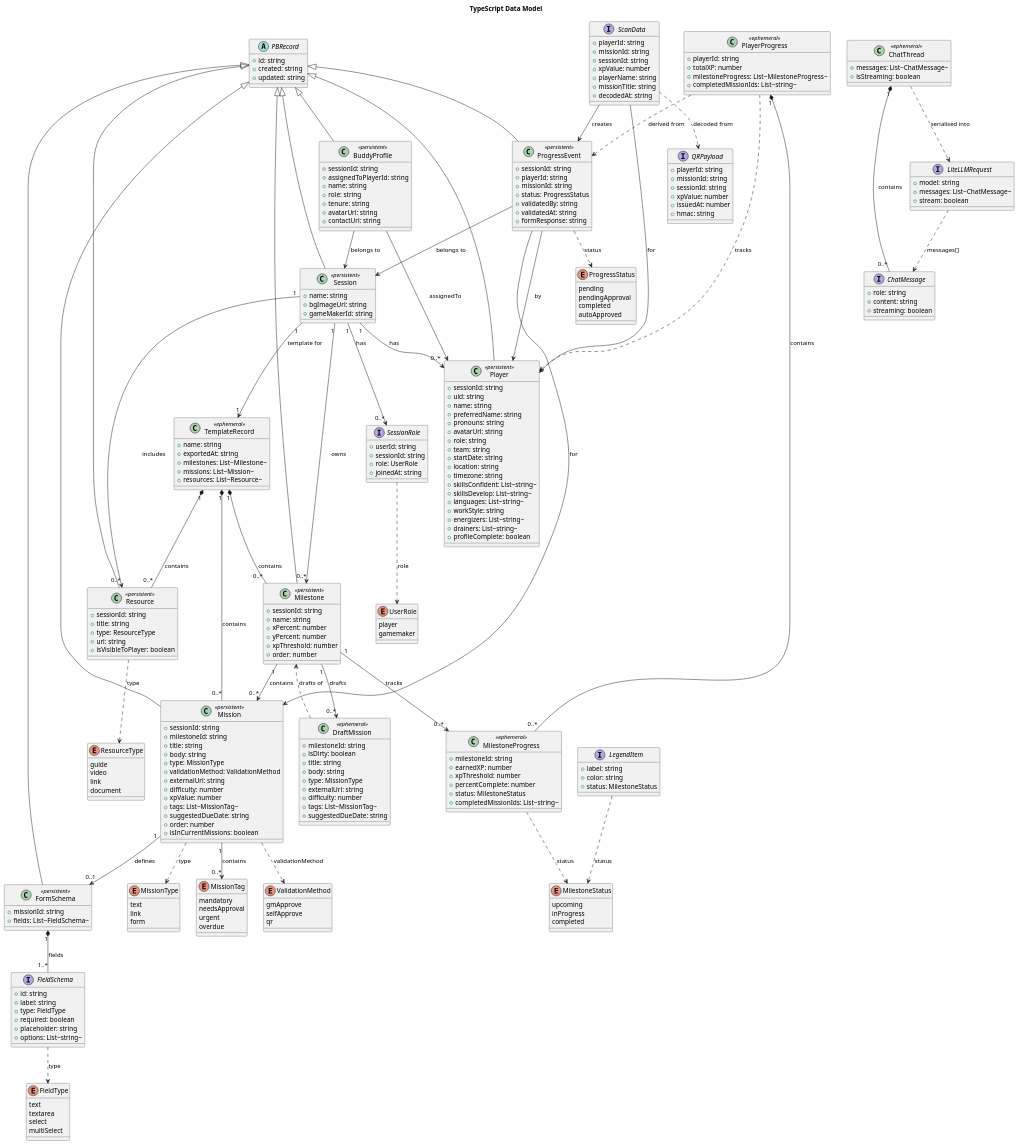
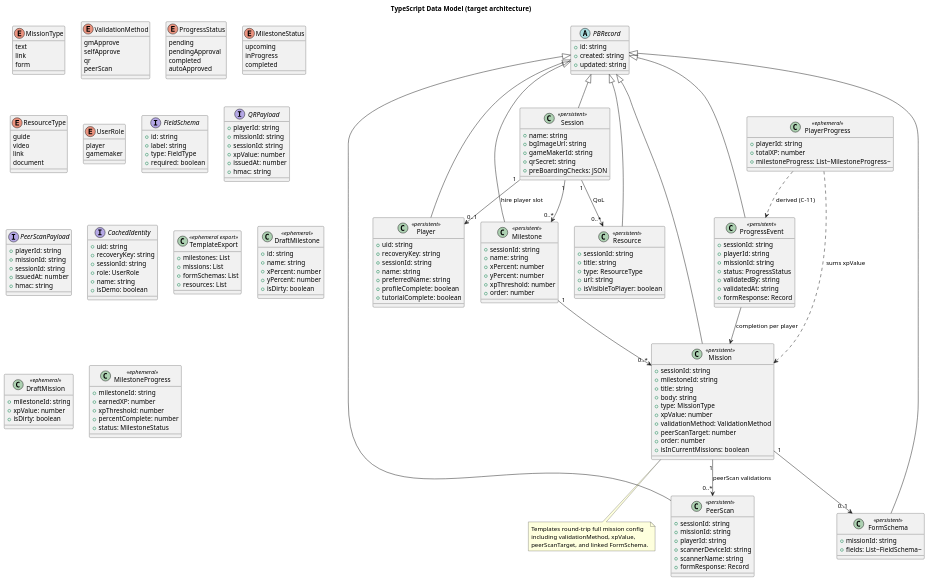
The diagram in docs/ts-data-model.puml (hoonsubin/messe-buddy-app), drawn with PlantUML before and after one commit. The commit also changed 44 other files, not shown here.

```diff
--- a/docs/ts-data-model.puml
+++ b/docs/ts-data-model.puml
@@ -1,291 +1,219 @@
 @startuml diagram_06_class_data_model
-title TypeScript Data Model
+title TypeScript Data Model (target architecture)
 
-' ── ENUMERATIONS ───────────────────────────────────────────────
+' ── UNION TYPES (const object + keyof — C-12) ─────────────────
 enum MissionType {
-    text
-    link
-    form
+  text
+  link
+  form
 }
-enum MissionTag {
-    mandatory
-    needsApproval
-    urgent
-    overdue
+enum ValidationMethod {
+  gmApprove
+  selfApprove
+  qr
+  peerScan
 }
 enum ProgressStatus {
-    pending
-    pendingApproval
-    completed
-    autoApproved
-}
-enum ValidationMethod {
-    gmApprove
-    selfApprove
-    qr
+  pending
+  pendingApproval
+  completed
+  autoApproved
 }
 enum MilestoneStatus {
-    upcoming
-    inProgress
-    completed
+  upcoming
+  inProgress
+  completed
 }
 enum ResourceType {
-    guide
-    video
-    link
-    document
-}
-enum FieldType {
-    text
-    textarea
-    select
-    multiSelect
+  guide
+  video
+  link
+  document
 }
 enum UserRole {
-    player
-    gamemaker
+  player
+  gamemaker
 }
 
-' ── VALUE OBJECTS ──────────────────────────────────────────────
+' ── VALUE OBJECTS ─────────────────────────────────────────────
 interface FieldSchema {
-    +id: string
-    +label: string
-    +type: FieldType
-    +required: boolean
-    +placeholder: string
-    +options: List~string~
+  +id: string
+  +label: string
+  +type: FieldType
+  +required: boolean
 }
 interface QRPayload {
-    +playerId: string
-    +missionId: string
-    +sessionId: string
-    +xpValue: number
-    +issuedAt: number
-    +hmac: string
-    ' HMAC-SHA256 of (playerId+missionId+sessionId+issuedAt)
-    ' keyed with session token. Verified client-side at scan time.
-    ' No server call required for validation.
+  +playerId: string
+  +missionId: string
+  +sessionId: string
+  +xpValue: number
+  +issuedAt: number
+  +hmac: string
+  ' GM validation QR only (validationMethod = qr)
 }
-interface ChatMessage {
-    +role: string
-    +content: string
-    +streaming: boolean
-    ' role: "user" | "assistant"
-    ' streaming: true while SSE chunks are still arriving
+interface PeerScanPayload {
+  +playerId: string
+  +missionId: string
+  +sessionId: string
+  +issuedAt: number
+  +hmac: string
+  ' Crowd attestation QR (validationMethod = peerScan)
 }
-interface LiteLLMRequest {
-    +model: string
-    +messages: List~ChatMessage~
-    +stream: boolean
-    ' POST to VITE_LITELLM_URL/chat/completions
-    ' Proxy handles model auth and policy context injection.
-}
-interface LegendItem {
-    +label: string
-    +color: string
-    +status: MilestoneStatus
-}
-interface ScanData {
-    +playerId: string
-    +missionId: string
-    +sessionId: string
-    +xpValue: number
-    +playerName: string
-    +missionTitle: string
-    +decodedAt: string
-}
-interface SessionRole {
-    +userId: string
-    +sessionId: string
-    +role: UserRole
-    +joinedAt: string
+interface CachedIdentity {
+  +uid: string
+  +recoveryKey: string
+  +sessionId: string
+  +role: UserRole
+  +name: string
+  +isDemo: boolean
 }
 
-' ── POCKETBASE BASE ────────────────────────────────────────────
+' ── PERSISTENT TYPES ─────────────────────────────────────────
 abstract class PBRecord {
-    +id: string
-    +created: string
-    +updated: string
+  +id: string
+  +created: string
+  +updated: string
 }
 
-' ── PERSISTENT TYPES ───────────────────────────────────────────
 class Session <<persistent>> {
-    +name: string
-    +bgImageUrl: string
-    +gameMakerId: string
-}
-class Player <<persistent>> {
-    +sessionId: string
-    +uid: string
-    +name: string
-    +preferredName: string
-    +pronouns: string
-    +avatarUrl: string
-    +role: string
-    +team: string
-    +startDate: string
-    +location: string
-    +timezone: string
-    +skillsConfident: List~string~
-    +skillsDevelop: List~string~
-    +languages: List~string~
-    +workStyle: string
-    +energizers: List~string~
-    +drainers: List~string~
-    +profileComplete: boolean
-}
-class BuddyProfile <<persistent>> {
-    +sessionId: string
-    +assignedToPlayerId: string
-    +name: string
-    +role: string
-    +tenure: string
-    +avatarUrl: string
-    +contactUrl: string
-}
-class Milestone <<persistent>> {
-    +sessionId: string
-    +name: string
-    +xPercent: number
-    +yPercent: number
-    +xpThreshold: number
-    +order: number
-}
-class Mission <<persistent>> {
-    +sessionId: string
-    +milestoneId: string
-    +title: string
-    +body: string
-    +type: MissionType
-    +validationMethod: ValidationMethod
-    +externalUrl: string
-    +difficulty: number
-    +xpValue: number
-    +tags: List~MissionTag~
-    +suggestedDueDate: string
-    +order: number
-    +isInCurrentMissions: boolean
-}
-class FormSchema <<persistent>> {
-    +missionId: string
-    +fields: List~FieldSchema~
-}
-class ProgressEvent <<persistent>> {
-    +sessionId: string
-    +playerId: string
-    +missionId: string
-    +status: ProgressStatus
-    +validatedBy: string
-    +validatedAt: string
-    +formResponse: string
-}
-class Resource <<persistent>> {
-    +sessionId: string
-    +title: string
-    +type: ResourceType
-    +url: string
-    +isVisibleToPlayer: boolean
+  +name: string
+  +bgImageUrl: string
+  +gameMakerId: string
+  +qrSecret: string
+  +preBoardingChecks: JSON
 }
 
-' ── EPHEMERAL TYPES ────────────────────────────────────────────
-class MilestoneProgress <<ephemeral>> {
-    +milestoneId: string
-    +earnedXP: number
-    +xpThreshold: number
-    +percentComplete: number
-    +status: MilestoneStatus
-    +completedMissionIds: List~string~
-}
-class PlayerProgress <<ephemeral>> {
-    +playerId: string
-    +totalXP: number
-    +milestoneProgress: List~MilestoneProgress~
-    +completedMissionIds: List~string~
-}
-class ChatThread <<ephemeral>> {
-    +messages: List~ChatMessage~
-    +isStreaming: boolean
-    ' Client-only. Never persisted to PocketBase.
-    ' Reset on page navigation.
-}
-class DraftMission <<ephemeral>> {
-    +milestoneId: string
-    +isDirty: boolean
-    +title: string
-    +body: string
-    +type: MissionType
-    +externalUrl: string
-    +difficulty: number
-    +tags: List~MissionTag~
-    +suggestedDueDate: string
-}
-class TemplateRecord <<ephemeral>> {
-    +name: string
-    +exportedAt: string
-    +milestones: List~Milestone~
-    +missions: List~Mission~
-    +resources: List~Resource~
+class Player <<persistent>> {
+  +uid: string
+  +recoveryKey: string
+  +sessionId: string
+  +name: string
+  +preferredName: string
+  +profileComplete: boolean
+  +tutorialComplete: boolean
+  ' ... profile fields
 }
 
-' ── PБRECORD INHERITANCE ───────────────────────────────────────
+class Milestone <<persistent>> {
+  +sessionId: string
+  +name: string
+  +xPercent: number
+  +yPercent: number
+  +xpThreshold: number
+  +order: number
+  ' xpThreshold = sum(missions.xpValue) in milestone
+}
+
+class Mission <<persistent>> {
+  +sessionId: string
+  +milestoneId: string
+  +title: string
+  +body: string
+  +type: MissionType
+  +xpValue: number
+  ' **GM-set directly — no difficulty field**
+  +validationMethod: ValidationMethod
+  +peerScanTarget: number
+  ' required when validationMethod = peerScan
+  +order: number
+  +isInCurrentMissions: boolean
+}
+
+class ProgressEvent <<persistent>> {
+  +sessionId: string
+  +playerId: string
+  +missionId: string
+  +status: ProgressStatus
+  +validatedBy: string
+  +validatedAt: string
+  +formResponse: Record
+}
+
+class PeerScan <<persistent>> {
+  +sessionId: string
+  +missionId: string
+  +playerId: string
+  +scannerDeviceId: string
+  +scannerName: string
+  +formResponse: Record
+  ' unique (missionId, playerId, scannerDeviceId)
+}
+
+class Resource <<persistent>> {
+  +sessionId: string
+  +title: string
+  +type: ResourceType
+  +url: string
+  +isVisibleToPlayer: boolean
+  ' session-scoped QoL — no missionId FK
+}
+
+class FormSchema <<persistent>> {
+  +missionId: string
+  +fields: List~FieldSchema~
+}
+
+class TemplateExport <<ephemeral export>> {
+  +milestones: List
+  +missions: List
+  +formSchemas: List
+  +resources: List
+}
+
+' ── EPHEMERAL (client-only) ────────────────────────────────────
+class DraftMilestone <<ephemeral>> {
+  +id: string
+  +name: string
+  +xPercent: number
+  +yPercent: number
+  +isDirty: boolean
+}
+
+class DraftMission <<ephemeral>> {
+  +milestoneId: string
+  +xpValue: number
+  +isDirty: boolean
+  ' ... editable mission fields
+}
+
+class MilestoneProgress <<ephemeral>> {
+  +milestoneId: string
+  +earnedXP: number
+  +xpThreshold: number
+  +percentComplete: number
+  +status: MilestoneStatus
+}
+
+class PlayerProgress <<ephemeral>> {
+  +playerId: string
+  +totalXP: number
+  +milestoneProgress: List~MilestoneProgress~
+}
+
+' ── RELATIONSHIPS ──────────────────────────────────────────────
 PBRecord <|-- Session
 PBRecord <|-- Player
-PBRecord <|-- BuddyProfile
 PBRecord <|-- Milestone
 PBRecord <|-- Mission
+PBRecord <|-- ProgressEvent
+PBRecord <|-- PeerScan
+PBRecord <|-- Resource
 PBRecord <|-- FormSchema
-PBRecord <|-- ProgressEvent
-PBRecord <|-- Resource
 
-' ── ENUM USAGE ─────────────────────────────────────────────────
-FieldSchema ..> FieldType : type
-LegendItem ..> MilestoneStatus : status
-Mission ..> MissionType : type
-Mission ..> ValidationMethod : validationMethod
-ProgressEvent ..> ProgressStatus : status
-Resource ..> ResourceType : type
-SessionRole ..> UserRole : role
-MilestoneProgress ..> MilestoneStatus : status
+Session "1" --> "0..*" Milestone
+Session "1" --> "0..1" Player : hire player slot
+Session "1" --> "0..*" Resource : QoL
+Milestone "1" --> "0..*" Mission
+Mission "1" --> "0..1" FormSchema
+Mission "1" --> "0..*" PeerScan : peerScan validations
+ProgressEvent --> Mission : completion per player
+PlayerProgress ..> ProgressEvent : derived (C-11)
+PlayerProgress ..> Mission : sums xpValue
 
-' ── PERSISTENT STRUCTURAL RELATIONSHIPS ───────────────────────
-Session "1" --> "0..*" Milestone : owns
-Session "1" --> "0..*" Player : has
-Session "1" --> "0..*" Resource : includes
-Session "1" --> "0..*" SessionRole : has
-Session "1" --> "1" TemplateRecord : template for
-
-Milestone "1" --> "0..*" Mission : contains
-Milestone "1" --> "0..*" MilestoneProgress : tracks
-Milestone "1" --> "0..*" DraftMission : drafts
-
-Mission "1" --> "0..1" FormSchema : defines
-Mission "1" --> "0..*" MissionTag : contains
-FormSchema "1" *-- "1..*" FieldSchema : fields
-
-ProgressEvent --> Player : by
-ProgressEvent --> Mission : for
-ProgressEvent --> Session : belongs to
-
-BuddyProfile --> Player : assignedTo
-BuddyProfile --> Session : belongs to
-
-' ── EPHEMERAL STRUCTURAL RELATIONSHIPS ────────────────────────
-PlayerProgress "1" *-- "0..*" MilestoneProgress : contains
-PlayerProgress ..> ProgressEvent : derived from
-PlayerProgress ..> Player : tracks
-
-ScanData ..> QRPayload : decoded from
-ScanData --> Player : for
-ScanData --> ProgressEvent : creates
-
-ChatThread "1" *-- "0..*" ChatMessage : contains
-ChatThread ..> LiteLLMRequest : serialised into
-LiteLLMRequest ..> ChatMessage : messages[]
-
-DraftMission ..> Milestone : drafts of
-
-TemplateRecord "1" *-- "0..*" Milestone : contains
-TemplateRecord "1" *-- "0..*" Mission : contains
-TemplateRecord "1" *-- "0..*" Resource : contains
+note bottom of Mission
+  Templates round-trip full mission config
+  including validationMethod, xpValue,
+  peerScanTarget, and linked FormSchema.
+end note
 
 @enduml
```
